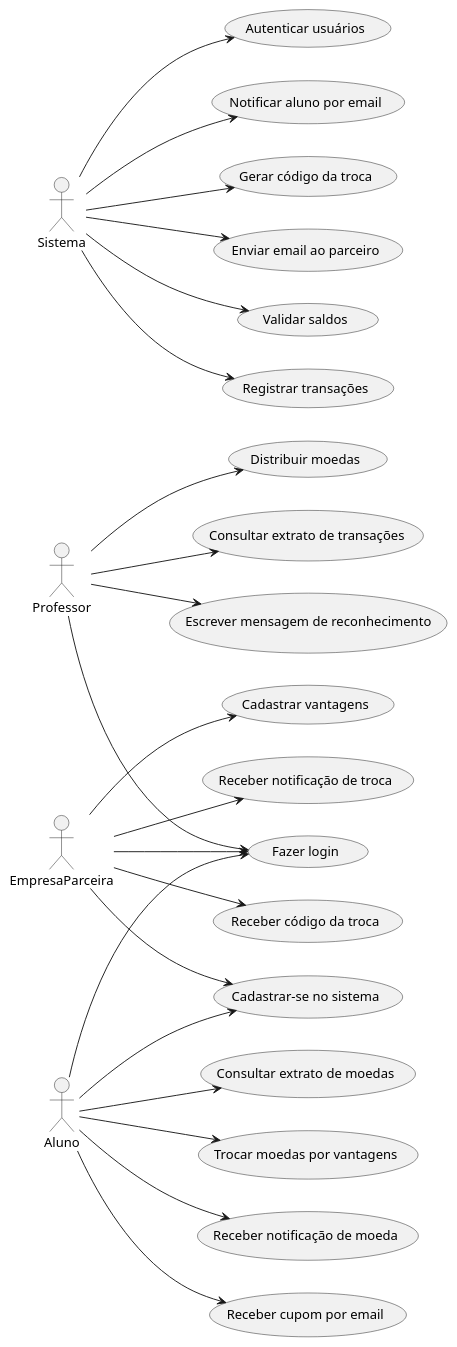
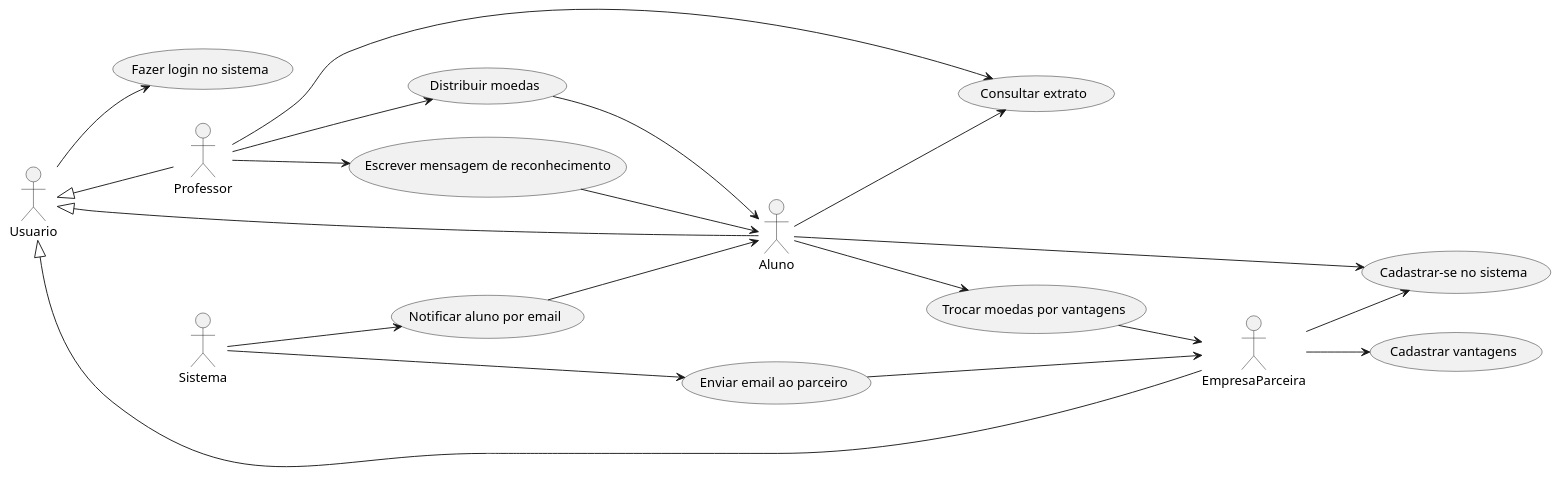
The diagram in Diagramas/CasosUso/casosUso.wsd (renatoctti/Laboratorio03), drawn with PlantUML before and after one commit.

Commit message:
Correcao caso de uso

```diff
--- a/Diagramas/CasosUso/casosUso.wsd
+++ b/Diagramas/CasosUso/casosUso.wsd
@@ -1,33 +1,34 @@
 @startuml
 ' Diagrama de Casos de Uso
 left to right direction
 actor Aluno
 actor Professor
 actor EmpresaParceira
+actor Usuario
 actor Sistema
 
+Usuario <|-- Aluno
+Usuario <|-- Professor
+Usuario <|-- EmpresaParceira
+
+(Notificar aluno por email) --> Aluno
+(Distribuir moedas) --> Aluno
+(Escrever mensagem de reconhecimento) --> Aluno
 Aluno --> (Cadastrar-se no sistema)
-Aluno --> (Fazer login)
-Aluno --> (Consultar extrato de moedas)
+Aluno --> (Consultar extrato)
 Aluno --> (Trocar moedas por vantagens)
-Aluno --> (Receber notificação de moeda)
-Aluno --> (Receber cupom por email)
 
-Professor --> (Fazer login)
 Professor --> (Distribuir moedas)
-Professor --> (Consultar extrato de transações)
+Professor --> (Consultar extrato)
 Professor --> (Escrever mensagem de reconhecimento)
 
-EmpresaParceira --> (Fazer login)
+Usuario --> (Fazer login no sistema)
+
+(Enviar email ao parceiro) --> EmpresaParceira
+(Trocar moedas por vantagens) --> EmpresaParceira
 EmpresaParceira --> (Cadastrar-se no sistema)
 EmpresaParceira --> (Cadastrar vantagens)
-EmpresaParceira --> (Receber notificação de troca)
-EmpresaParceira --> (Receber código da troca)
 
-Sistema --> (Autenticar usuários)
 Sistema --> (Notificar aluno por email)
-Sistema --> (Gerar código da troca)
 Sistema --> (Enviar email ao parceiro)
-Sistema --> (Validar saldos)
-Sistema --> (Registrar transações)
 @enduml
```
